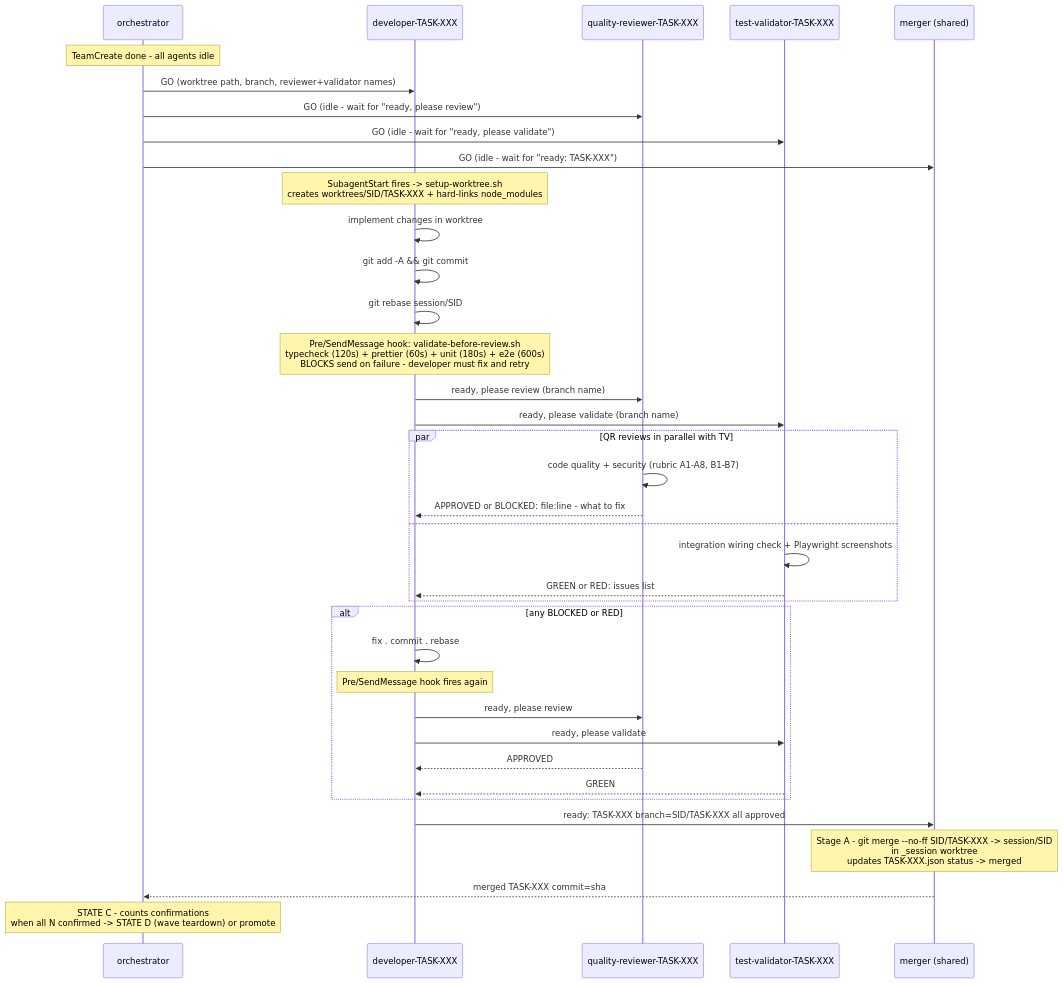
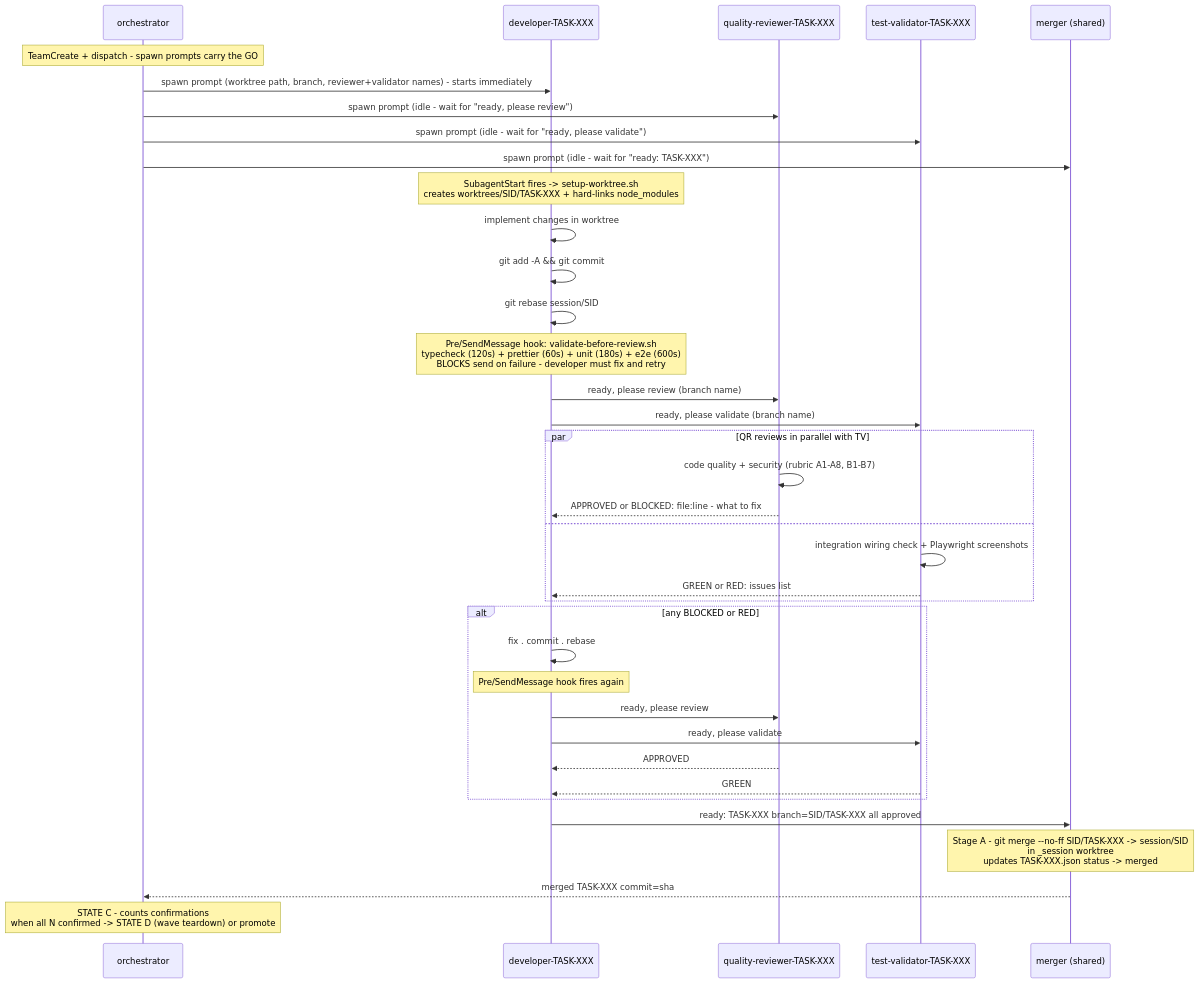
One commit to marmelab/crm-builder changed the ninth of 10 diagrams in docs/agents-diagram.md. Above: the diagram before and after it, drawn with Mermaid. The commit also changed other lines of this file and 7 other files, not shown here.

````diff
--- a/docs/agents-diagram.md
+++ b/docs/agents-diagram.md
@@ -281,51 +281,51 @@
 ```mermaid
 sequenceDiagram
     participant O  as orchestrator
     participant D  as developer-TASK-XXX
     participant QR as quality-reviewer-TASK-XXX
     participant TV as test-validator-TASK-XXX
     participant MG as merger (shared)
 
-    Note over O: TeamCreate done - all agents idle
+    Note over O: TeamCreate + dispatch - spawn prompts carry the GO
 
-    O->>D:  GO (worktree path, branch, reviewer+validator names)
-    O->>QR: GO (idle - wait for "ready, please review")
-    O->>TV: GO (idle - wait for "ready, please validate")
-    O->>MG: GO (idle - wait for "ready: TASK-XXX")
+    O->>D:  spawn prompt (worktree path, branch, reviewer+validator names) - starts immediately
+    O->>QR: spawn prompt (idle - wait for "ready, please review")
+    O->>TV: spawn prompt (idle - wait for "ready, please validate")
+    O->>MG: spawn prompt (idle - wait for "ready: TASK-XXX")
 
     Note over D: SubagentStart fires -> setup-worktree.sh<br/>creates worktrees/SID/TASK-XXX + hard-links node_modules
 
     D->>D: implement changes in worktree
     D->>D: git add -A && git commit
     D->>D: git rebase session/SID
 
     Note over D: Pre/SendMessage hook: validate-before-review.sh<br/>typecheck (120s) + prettier (60s) + unit (180s) + e2e (600s)<br/>BLOCKS send on failure - developer must fix and retry
 
     D->>QR: ready, please review (branch name)
     D->>TV: ready, please validate (branch name)
 
     par QR reviews in parallel with TV
         QR->>QR: code quality + security (rubric A1-A8, B1-B7)
         QR-->>D: APPROVED  or  BLOCKED: file:line - what to fix
     and
         TV->>TV: integration wiring check + Playwright screenshots
         TV-->>D: GREEN  or  RED: issues list
     end
 
     alt any BLOCKED or RED
         D->>D: fix . commit . rebase
         Note over D: Pre/SendMessage hook fires again
         D->>QR: ready, please review
         D->>TV: ready, please validate
         QR-->>D: APPROVED
         TV-->>D: GREEN
     end
 
     D->>MG: ready: TASK-XXX  branch=SID/TASK-XXX  all approved
 
     Note over MG: Stage A - git merge --no-ff SID/TASK-XXX -> session/SID<br/>in _session worktree<br/>updates TASK-XXX.json status -> merged
 
     MG-->>O: merged TASK-XXX  commit=sha
 
     Note over O: STATE C - counts confirmations<br/>when all N confirmed -> STATE D (wave teardown) or promote
 ```
````
